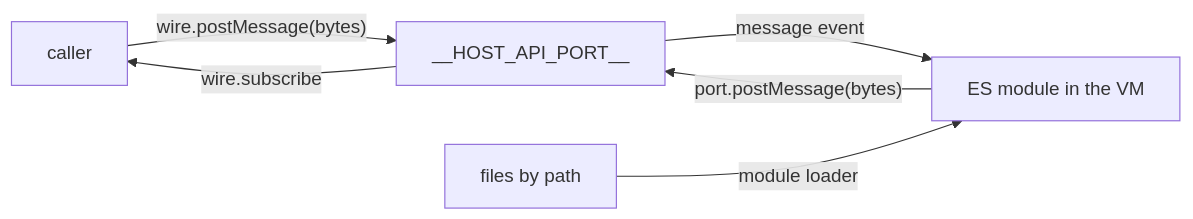
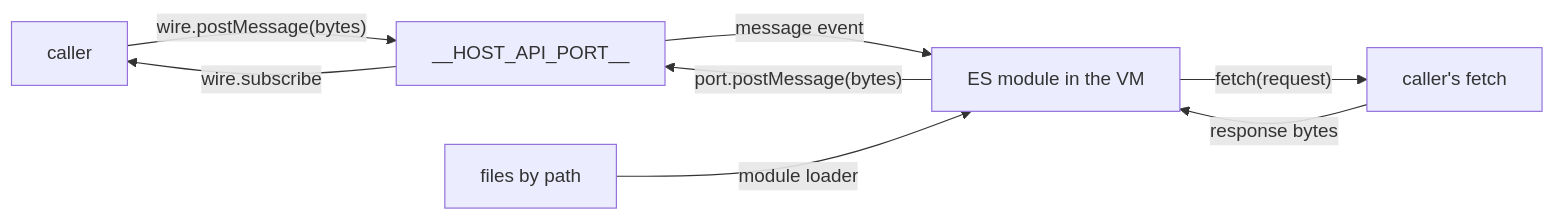
One commit to paritytech/dotli-community changed the diagram in packages/quickjs-runtime/README.md. Above: the diagram before and after it, drawn with Mermaid. The commit also changed other lines of this file and 8 other files, not shown here.

````diff
--- a/packages/quickjs-runtime/README.md
+++ b/packages/quickjs-runtime/README.md
@@ -61,8 +71,10 @@
 ```mermaid
 flowchart LR
   host[caller] -- "wire.postMessage(bytes)" --> port["__HOST_API_PORT__"]
   port -- "message event" --> module[ES module in the VM]
   module -- "port.postMessage(bytes)" --> port
   port -- "wire.subscribe" --> host
   files[files by path] -- "module loader" --> module
+  module -- "fetch(request)" --> hostFetch[caller's fetch]
+  hostFetch -- "response bytes" --> module
 ```
````
